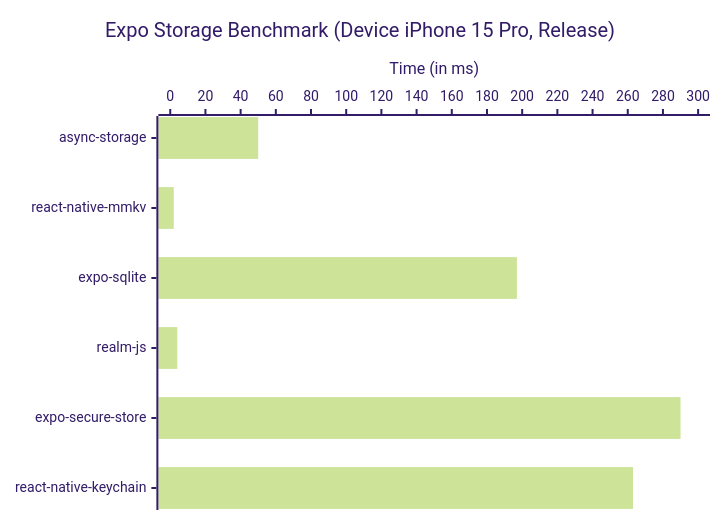
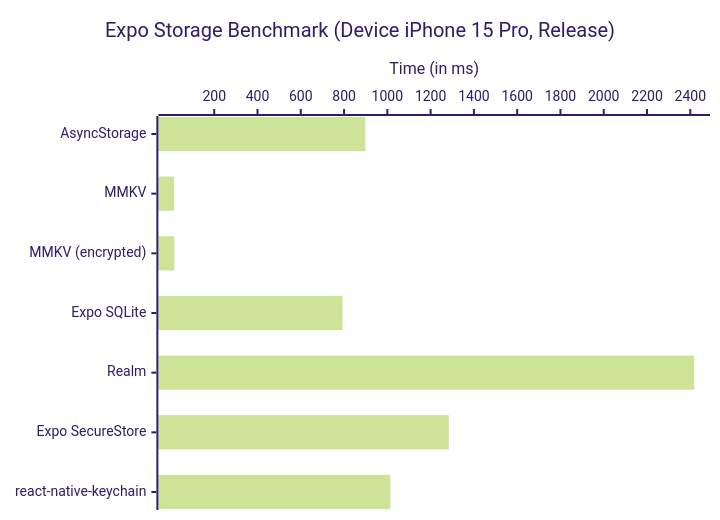
The first of 3 diagrams in charts.md (pvinis/StorageBenchmark), drawn with Mermaid before and after one commit. The commit also changed other lines of this file and 16 other files, not shown here.

````diff
--- a/charts.md
+++ b/charts.md
@@ -2,8 +2,8 @@
 ```mermaid
 %%{init: {'theme': 'forest'}}%%
 xychart-beta horizontal
     title "Expo Storage Benchmark (Device iPhone 15 Pro, Release)"
-    x-axis ["async-storage", "react-native-mmkv", "expo-sqlite", "realm-js", "expo-secure-store", "react-native-keychain"]
-    y-axis "Time (in ms)" 0 --> 300
-    bar [50, 2, 197, 4, 290, 263]
+    x-axis ["AsyncStorage", "MMKV", "MMKV (encrypted)", "Expo SQLite", "Realm", "Expo SecureStore", "react-native-keychain"]   
+    y-axis "Time (in ms)"
+    bar [898, 15, 16, 793, 2418, 1284, 1014]
 ```
````
